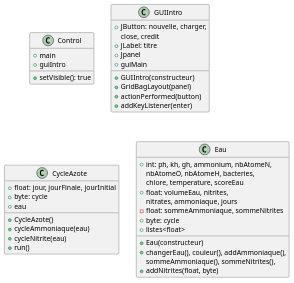
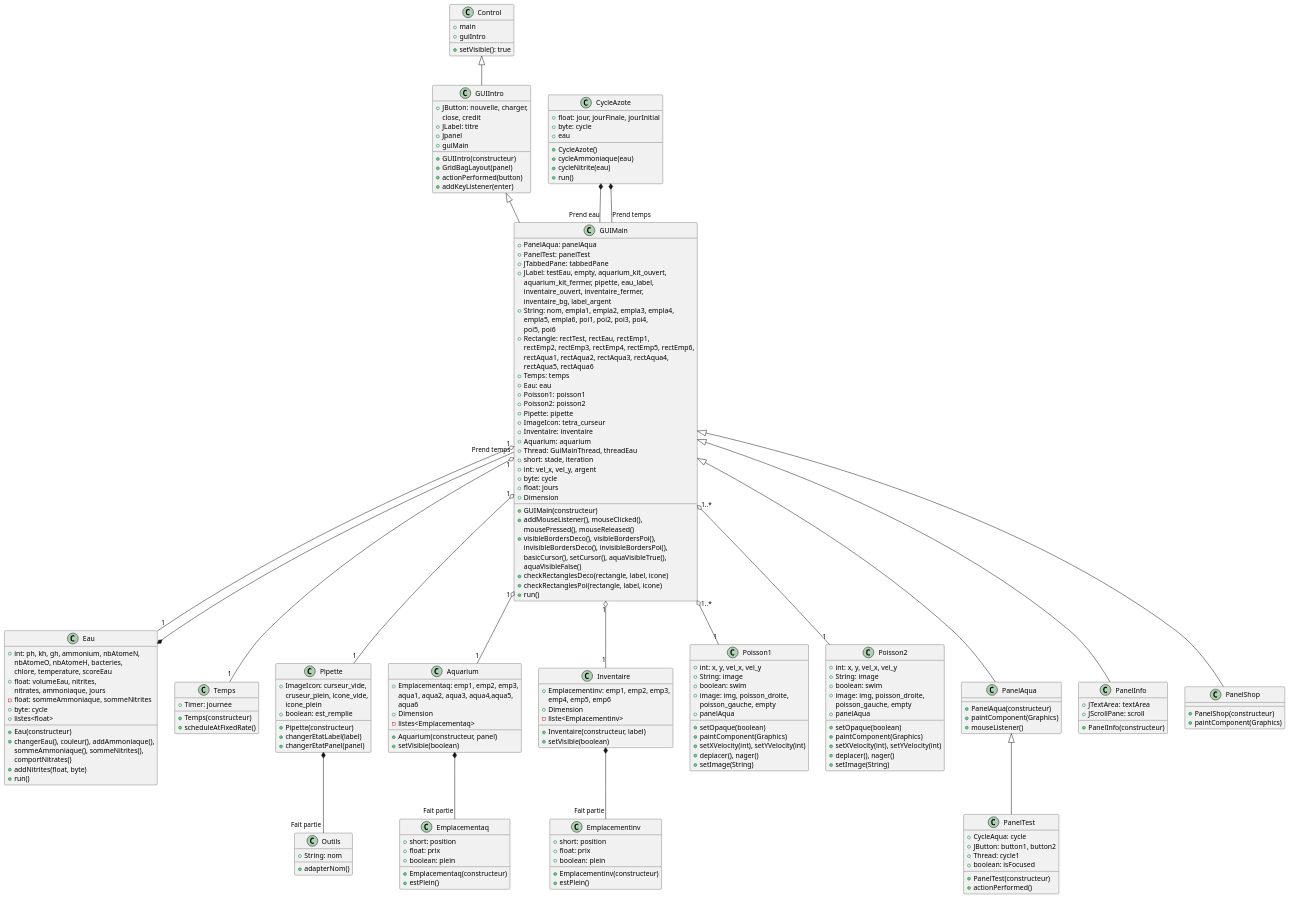
The diagram in diagramUML.puml (fredericchoiniere/aquariophilie), drawn with PlantUML before and after one commit. The commit also changed 16 other files, not shown here.

```diff
--- a/diagramUML.puml
+++ b/diagramUML.puml
@@ -1,5 +1,6 @@
 @startuml Diagram
 scale 1
+
 
 class Control {
     +main
@@ -8,8 +9,8 @@
 }
 
 class GUIIntro {
-    +JButton: nouvelle, charger, 
-     close, credit
+    +JButton: nouvelle, charger,
+    close, credit
     +JLabel: titre
     +Jpanel
     +guiMain
@@ -23,7 +24,7 @@
     +float: jour, jourFinale, jourInitial
     +byte: cycle
     +eau
-    +CycleAzote() 
+    +CycleAzote()
     +cycleAmmoniaque(eau)
     +cycleNitrite(eau)
     +run()
@@ -31,23 +32,195 @@
 
 class Eau {
     +int: ph, kh, gh, ammonium, nbAtomeN,
-     nbAtomeO, nbAtomeH, bacteries,
-     chlore, temperature, scoreEau
-    +float: volumeEau, nitrites, 
-     nitrates, ammoniaque, jours
+    nbAtomeO, nbAtomeH, bacteries,
+    chlore, temperature, scoreEau
+    +float: volumeEau, nitrites,
+    nitrates, ammoniaque, jours
     -float: sommeAmmoniaque, sommeNitrites
     +byte: cycle
     +listes<float>
     +Eau(constructeur)
     +changerEau(), couleur(), addAmmoniaque(),
-     sommeAmmoniaque(), sommeNitrites(),
-     
+    sommeAmmoniaque(), sommeNitrites(),
+    comportNitrates()
     +addNitrites(float, byte)
-    
+    +run()
+}
+
+class Temps {
+    +Timer: journee
+    +Temps(constructeur)
+    +scheduleAtFixedRate()
+}
+
+class Outils {
+    +String: nom
+    +adapterNom()
+}
+
+class Pipette {
+    +ImageIcon: curseur_vide,
+    cruseur_plein, icone_vide,
+    icone_plein
+    +boolean: est_remplie
+    +Pipette(constructeur)
+    +changerEtatLabel(label)
+    +changerEtatPanel(panel)
+}
+
+class Aquarium {
+    +Emplacementaq: emp1, emp2, emp3,
+    aqua1, aqua2, aqua3, aqua4,aqua5,
+    aqua6
+    +Dimension
+    -listes<Emplacementaq>
+    +Aquarium(constructeur, panel)
+    +setVisible(boolean)
+}
+
+class Emplacementaq {
+    +short: position
+    +float: prix
+    +boolean: plein
+    +Emplacementaq(constructeur)
+    +estPlein()
+}
+
+class Emplacementinv {
+    +short: position
+    +float: prix
+    +boolean: plein
+    +Emplacementinv(constructeur)
+    +estPlein()
+}
+
+class Inventaire {
+    +Emplacementinv: emp1, emp2, emp3,
+    emp4, emp5, emp6
+    +Dimension
+    -liste<Emplacementinv>
+    +Inventaire(constructeur, label)
+    +setVisible(boolean)
+}
+
+class Poisson1 {
+    +int: x, y, vel_x, vel_y
+    +String: image
+    +boolean: swim
+    +image: img, poisson_droite,
+    poisson_gauche, empty
+    +panelAqua
+    +setOpaque(boolean)
+    +paintComponent(Graphics)
+    +setXVelocity(int), setYVelocity(int)
+    +deplacer(), nager()
+    +setImage(String)
+}
+
+class Poisson2 {
+    +int: x, y, vel_x, vel_y
+    +String: image
+    +boolean: swim
+    +image: img, poisson_droite,
+    poisson_gauche, empty
+    +panelAqua
+    +setOpaque(boolean)
+    +paintComponent(Graphics)
+    +setXVelocity(int), setYVelocity(int)
+    +deplacer(), nager()
+    +setImage(String)
+}
+
+class PanelAqua {
+    +PanelAqua(constructeur)
+    +paintComponent(Graphics)
+    +mouseListener()
+}
+
+class PanelInfo {
+    +JTextArea: textArea
+    +JScrollPane: scroll
+    +PanelInfo(constructeur)
+}
+
+class PanelShop {
+    +PanelShop(constructeur)
+    +paintComponent(Graphics)
+}
+
+class PanelTest {
+    +CycleAqua: cycle
+    +JButton: button1, button2
+    +Thread: cycle1
+    +boolean: isFocused
+    +PanelTest(constructeur)
+    +actionPerformed()
+}
+
+class GUIMain {
+    +PanelAqua: panelAqua
+    +PanelTest: panelTest
+    +JTabbedPane: tabbedPane
+    +JLabel: testEau, empty, aquarium_kit_ouvert,
+    aquarium_kit_fermer, pipette, eau_label,
+    inventaire_ouvert, inventaire_fermer,
+    inventaire_bg, label_argent
+    +String: nom, empla1, empla2, empla3, empla4,
+    empla5, empla6, poi1, poi2, poi3, poi4,
+    poi5, poi6
+    +Rectangle: rectTest, rectEau, rectEmp1,
+    rectEmp2, rectEmp3, rectEmp4, rectEmp5, rectEmp6,
+    rectAqua1, rectAqua2, rectAqua3, rectAqua4,
+    rectAqua5, rectAqua6
+    +Temps: temps
+    +Eau: eau
+    +Poisson1: poisson1
+    +Poisson2: poisson2
+    +Pipette: pipette
+    +ImageIcon: tetra_curseur
+    +Inventaire: inventaire
+    +Aquarium: aquarium
+    +Thread: GuiMainThread, threadEau
+    +short: stade, iteration
+    +int: vel_x, vel_y, argent
+    +byte: cycle
+    +float: jours
+    +Dimension
+    +GUIMain(constructeur)
+    +addMouseListener(), mouseClicked(),
+    mousePressed(), mouseReleased()
+    +visibleBordersDeco(), visibleBordersPoi(),
+    invisibleBordersDeco(), invisibleBordersPoi(),
+    basicCursor(), setCursor(), aquaVisibleTrue(),
+    aquaVisibleFalse()
+    +checkRectanglesDeco(rectangle, label, icone)
+    +checkRectanglesPoi(rectangle, label, icone)
+    +run()
 }
 
 
+Control <|-- GUIIntro
 
+GUIIntro <|-- GUIMain
+GUIMain <|-- PanelAqua
+GUIMain <|-- PanelShop
+GUIMain <|-- PanelInfo
+PanelAqua <|-- PanelTest
+
+Pipette *-- "Fait partie" Outils
+Aquarium *-- "Fait partie" Emplacementaq
+Inventaire *-- "Fait partie" Emplacementinv
+CycleAzote *-- "Prend eau" GUIMain
+CycleAzote *-- "Prend temps" GUIMain
+Eau *-- "Prend temps" GUIMain
+
+GUIMain "1" o-- "1" Pipette
+GUIMain "1" o-- "1" Inventaire
+GUIMain "1" o-- "1" Aquarium
+GUIMain "1" o-- "1" Eau
+GUIMain "1" o-- "1" Temps
+GUIMain "1..*" o-- "1" Poisson1
+GUIMain "1..*" o-- "1" Poisson2
 
 
 @enduml
```
